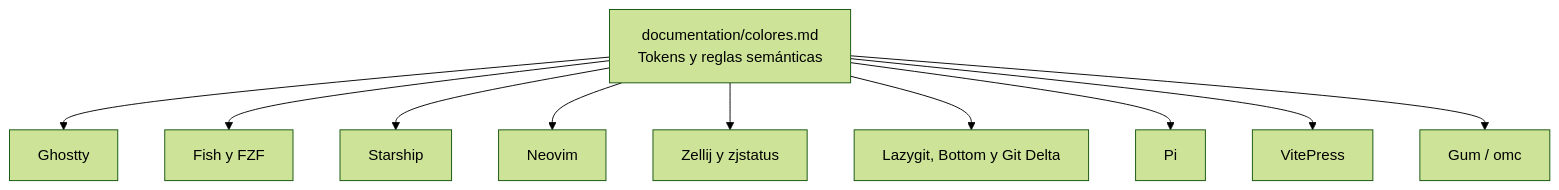
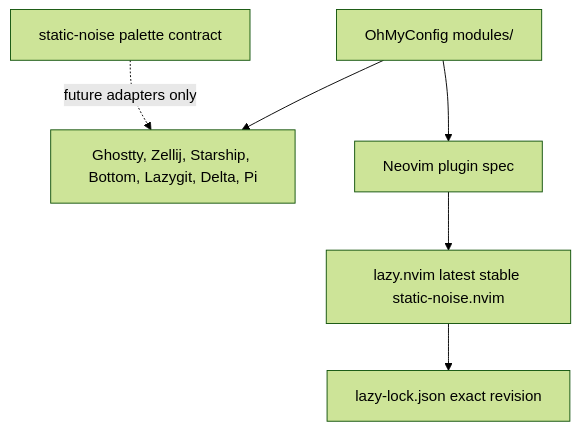
Before and after one commit to hcastillaq/OhMyConfig: the diagram in .compound-engineering/artifacts/plans/2026-09-09-0851-feat-static-noise-theme-plan.md, drawn with Mermaid (forest theme). The commit also changed other lines of this file and 34 other files, not shown here.

First line of the commit message:
refactor(static-noise): move tool themes local and reset version

````diff
--- a/.compound-engineering/artifacts/plans/2026-09-09-0851-feat-static-noise-theme-plan.md
+++ b/.compound-engineering/artifacts/plans/2026-09-09-0851-feat-static-noise-theme-plan.md
@@ -76,12 +121,8 @@
 ```mermaid
 flowchart TB
-  A[documentation/colores.md\nTokens y reglas semánticas] --> B[Ghostty]
-  A --> C[Fish y FZF]
-  A --> D[Starship]
-  A --> E[Neovim]
-  A --> F[Zellij y zjstatus]
-  A --> G[Lazygit, Bottom y Git Delta]
-  A --> H[Pi]
-  A --> I[VitePress]
-  A --> J[Gum / omc]
+  A[OhMyConfig modules/] --> B[Ghostty, Zellij, Starship, Bottom, Lazygit, Delta, Pi]
+  A --> C[Neovim plugin spec]
+  C --> D[lazy.nvim latest stable static-noise.nvim]
+  D --> E[lazy-lock.json exact revision]
+  F[static-noise palette contract] -. future adapters only .-> B
 ```
````
